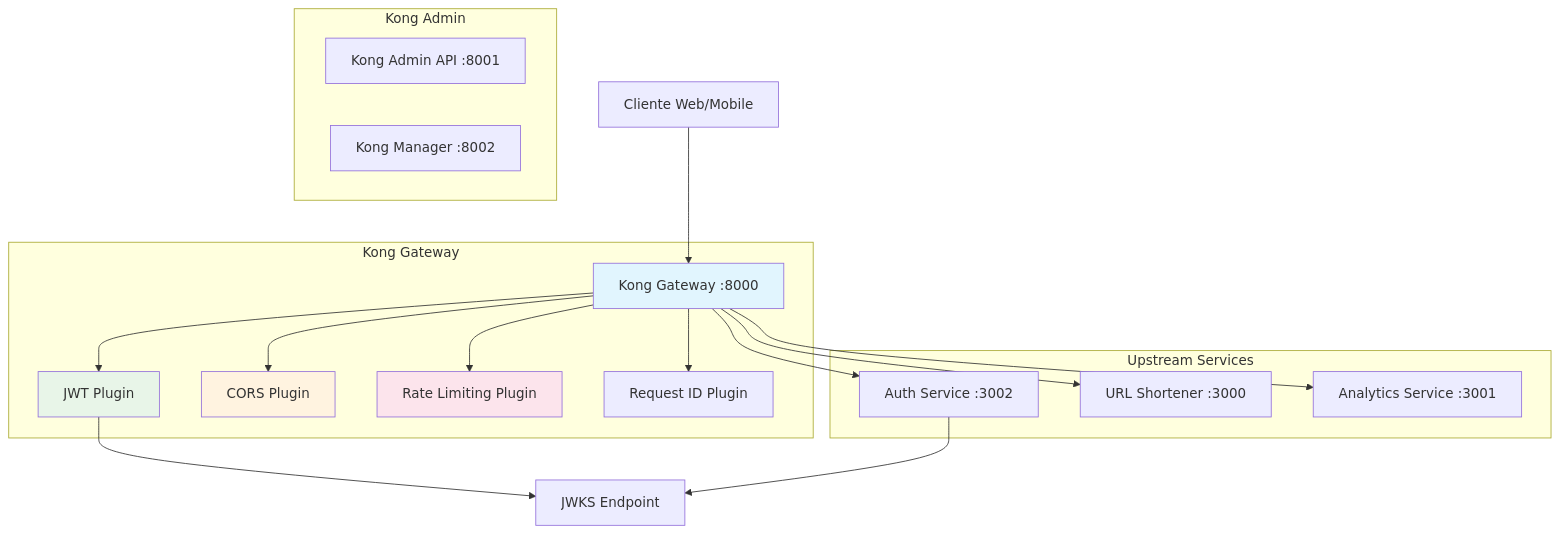
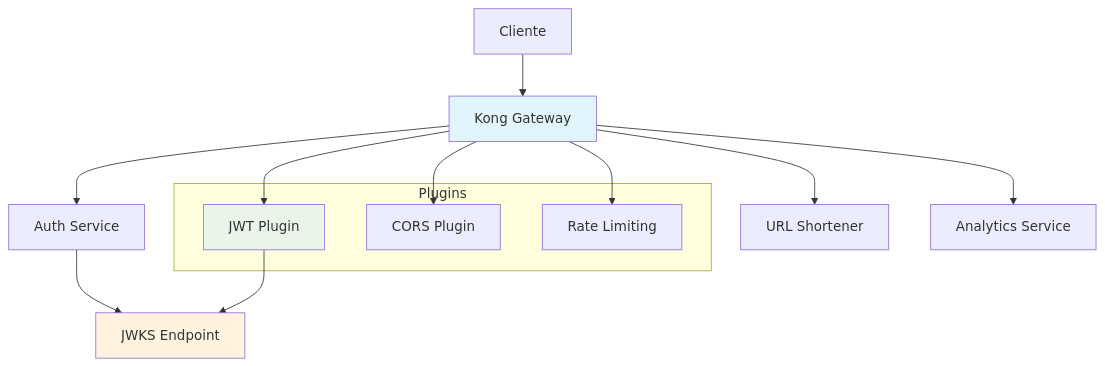
The first of 2 diagrams in docs/04-api-gateway.md (rocketseat-education/ftr-fundamentos-microsservicos), drawn with Mermaid before and after one commit. The commit also changed other lines of this file and 6 other files, not shown here.

````diff
--- a/docs/04-api-gateway.md
+++ b/docs/04-api-gateway.md
@@ -9,30 +9,25 @@
 ```mermaid
 graph TD
-    A[Cliente Web/Mobile] --> B[Kong Gateway :8000]
+    A[Cliente] --> B[Kong Gateway]
     
-    subgraph "Kong Gateway"
-        B --> C[JWT Plugin]
-        B --> D[CORS Plugin]
-        B --> E[Rate Limiting Plugin]
-        B --> F[Request ID Plugin]
+    subgraph "Plugins"
+        C[JWT Plugin]
+        D[CORS Plugin]
+        E[Rate Limiting]
     end
     
-    subgraph "Upstream Services"
-        B --> G[Auth Service :3002]
-        B --> H[URL Shortener :3000]
-        B --> I[Analytics Service :3001]
-    end
+    B --> C
+    B --> D
+    B --> E
     
-    subgraph "Kong Admin"
-        J[Kong Admin API :8001]
-        K[Kong Manager :8002]
-    end
+    B --> F[Auth Service]
+    B --> G[URL Shortener]
+    B --> H[Analytics Service]
     
-    C --> L[JWKS Endpoint]
-    G --> L
+    F --> I[JWKS Endpoint]
+    C --> I
     
     style B fill:#e1f5fe
     style C fill:#e8f5e8
-    style D fill:#fff3e0
-    style E fill:#fce4ec
+    style I fill:#fff3e0
 ```
````
